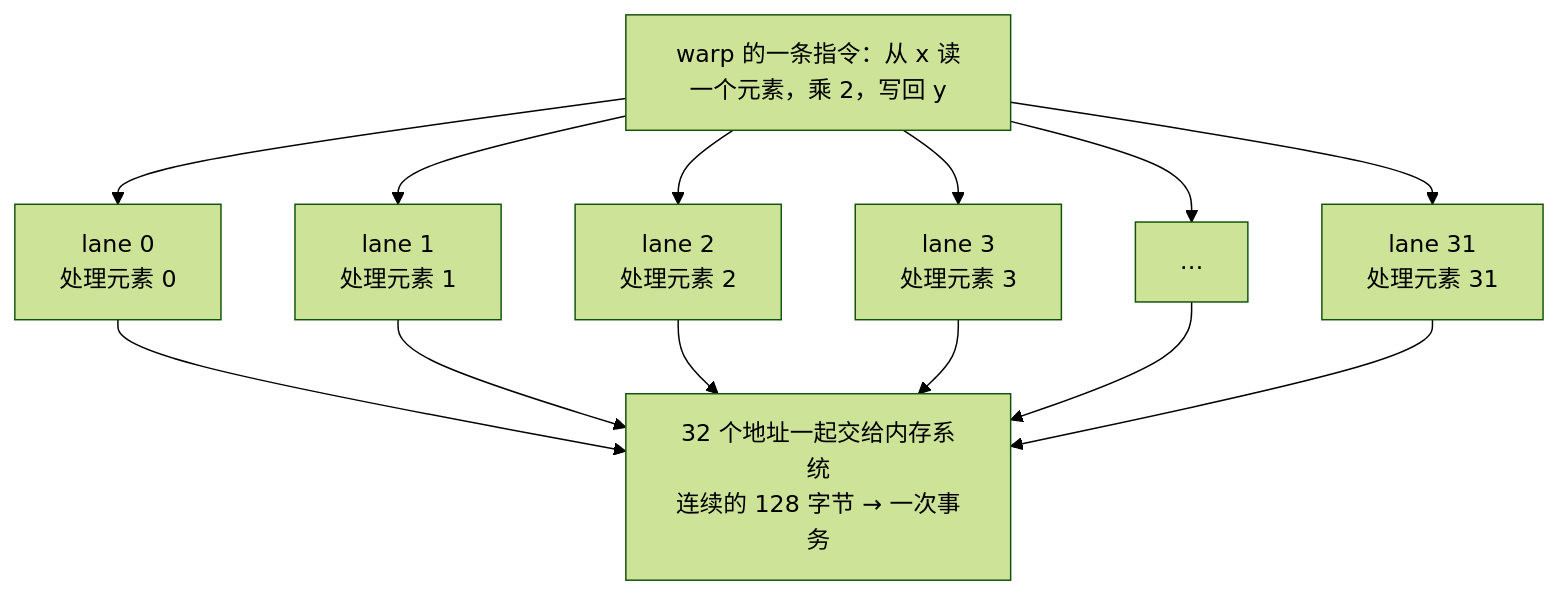
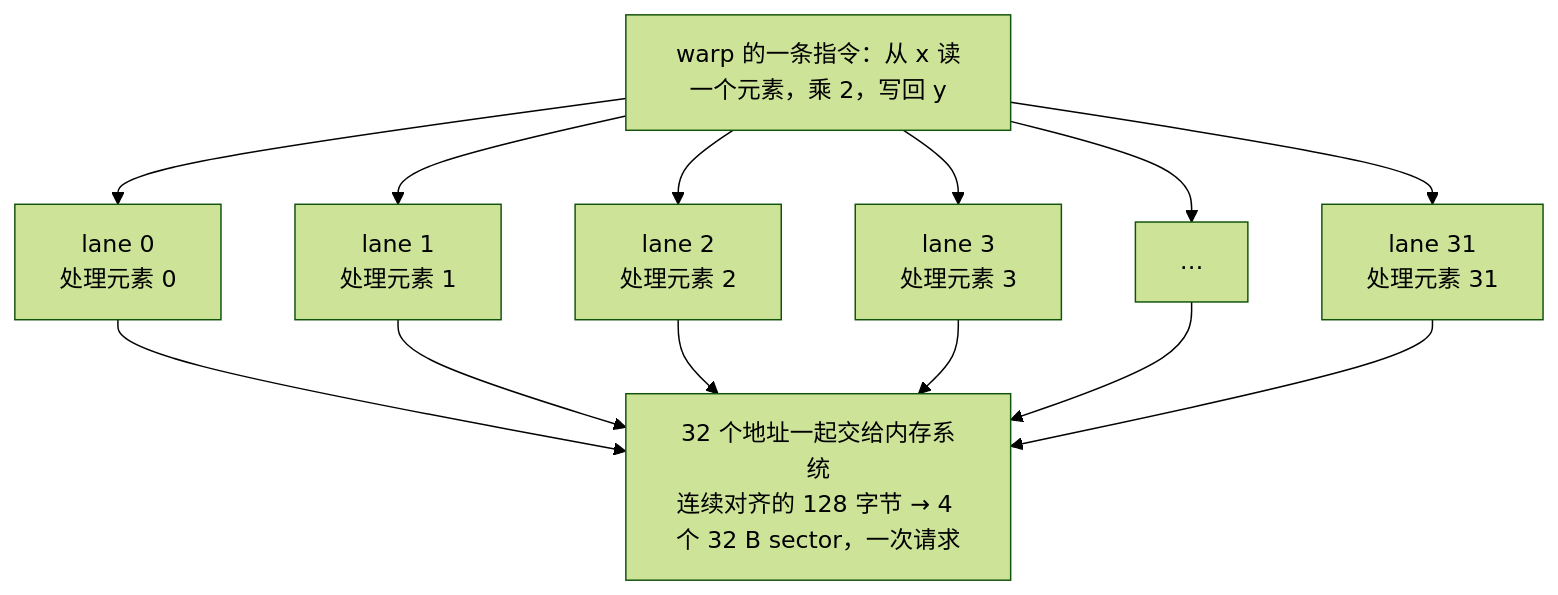
The fifth of 15 diagrams in _posts/2026-05-11-gpu-architecture-and-roofline.md (arganzheng/arganzheng.github.com), drawn with Mermaid (forest theme) before and after one commit. The commit also changed other lines of this file and 5 other files, not shown here.

````diff
--- a/_posts/2026-05-11-gpu-architecture-and-roofline.md
+++ b/_posts/2026-05-11-gpu-architecture-and-roofline.md
@@ -199,17 +199,17 @@
 ```mermaid
 %% SIMT：一个 warp 的 32 个 lane 同一条指令、各自的数据；地址合并成一次事务
 flowchart TB
     I["warp 的一条指令：从 x 读一个元素，乘 2，写回 y"]
     I --> T0["lane 0<br/>处理元素 0"]
     I --> T1["lane 1<br/>处理元素 1"]
     I --> T2["lane 2<br/>处理元素 2"]
     I --> T3["lane 3<br/>处理元素 3"]
     I --> Td["…"]
     I --> T31["lane 31<br/>处理元素 31"]
-    T0 --> M["32 个地址一起交给内存系统<br/>连续的 128 字节 → 一次事务"]
+    T0 --> M["32 个地址一起交给内存系统<br/>连续对齐的 128 字节 → 4 个 32 B sector，一次请求"]
     T1 --> M
     T2 --> M
     T3 --> M
     Td --> M
     T31 --> M
 ```
````
